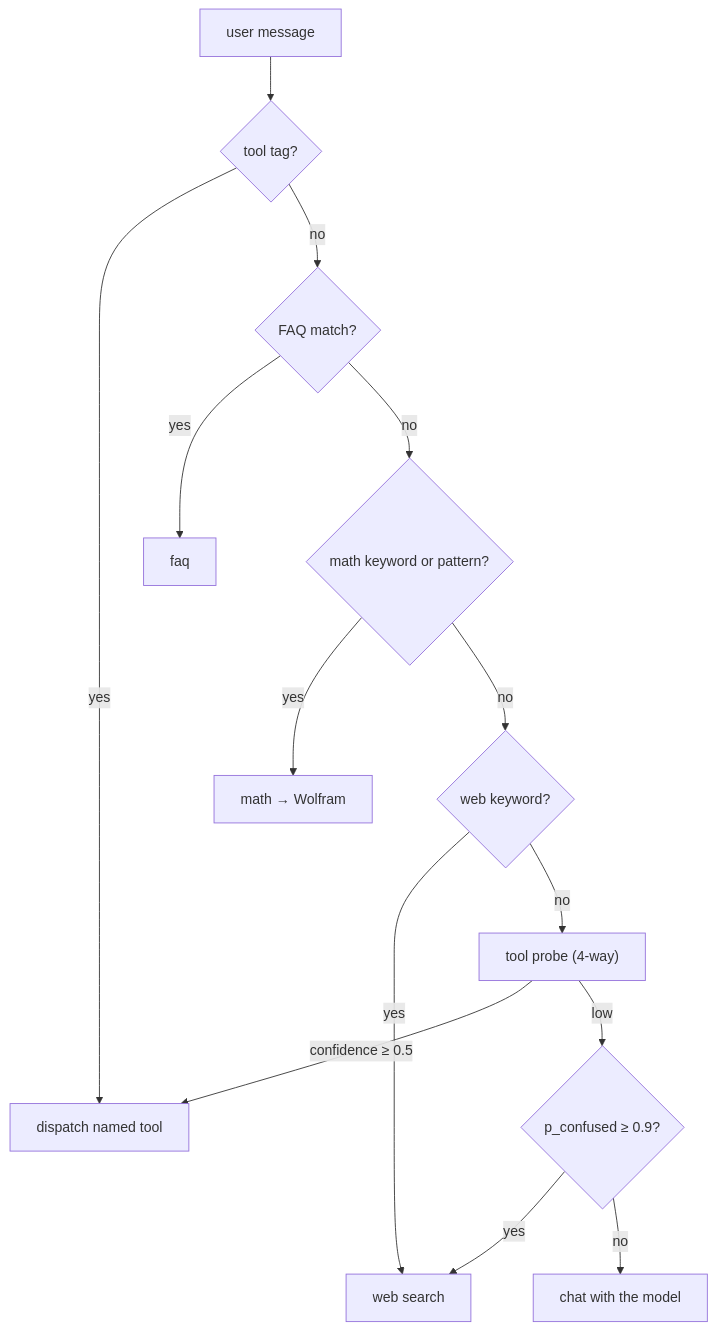
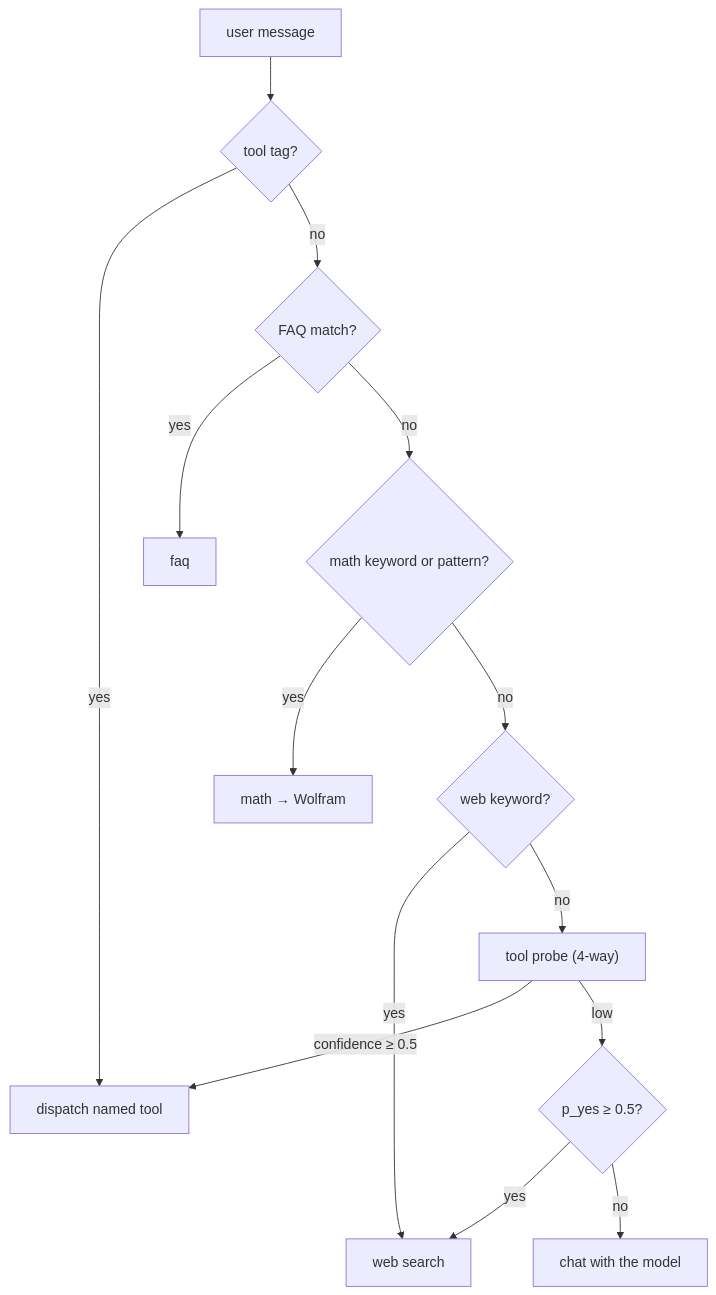
The diagram in chapters/09_tools.md (darshi1337/hermitlm), drawn with Mermaid before and after one commit. The commit also changed other lines of this file and 7 other files, not shown here.

````diff
--- a/chapters/09_tools.md
+++ b/chapters/09_tools.md
@@ -19,16 +19,16 @@
 ```mermaid
 flowchart TD
     A["user message"] --> B{"tool tag?"}
     B -->|"yes"| C["dispatch named tool"]
     B -->|"no"| D{"FAQ match?"}
     D -->|"yes"| E["faq"]
     D -->|"no"| F{"math keyword or pattern?"}
     F -->|"yes"| G["math → Wolfram"]
     F -->|"no"| H{"web keyword?"}
     H -->|"yes"| I["web search"]
     H -->|"no"| J["tool probe (4-way)"]
     J -->|"confidence ≥ 0.5"| C
-    J -->|"low"| K{"p_confused ≥ 0.9?"}
+    J -->|"low"| K{"p_yes ≥ 0.5?"}
     K -->|"yes"| I
     K -->|"no"| L["chat with the model"]
 ```
````
